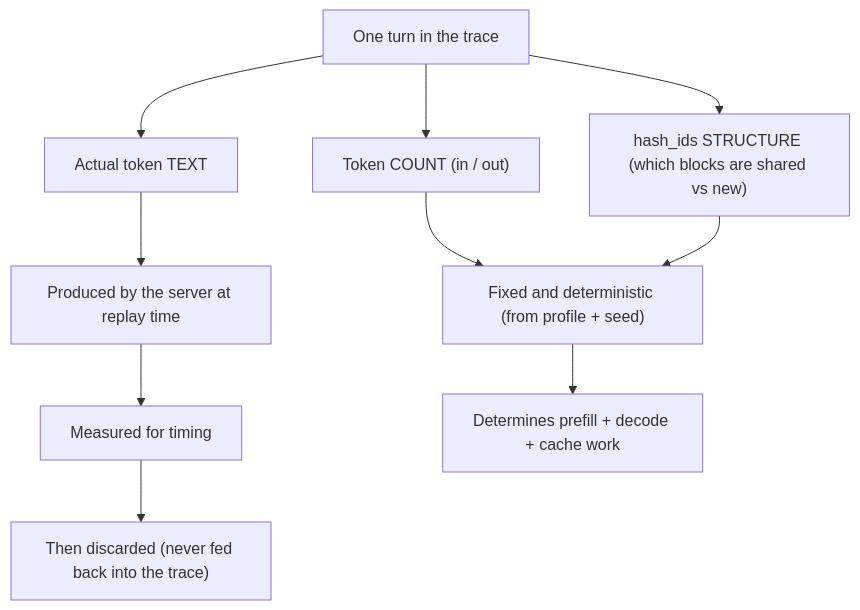
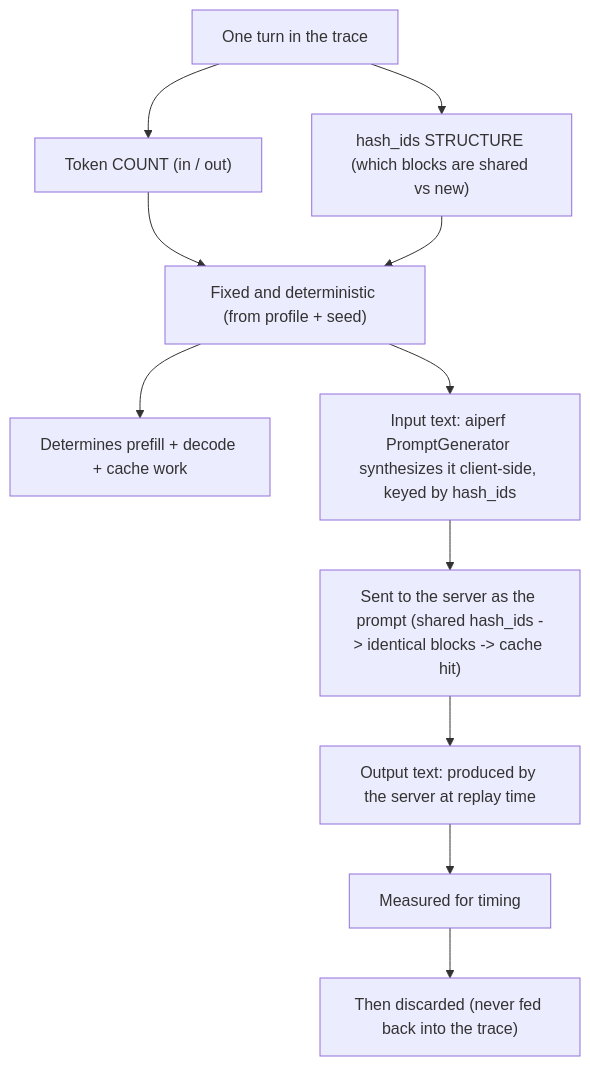
One commit to ROCm/MAD changed the first of 6 diagrams in scripts/common/agentx/HOW_IT_WORKS.md. Above: the diagram before and after it, drawn with Mermaid. The commit also changed other lines of this file and 3 other files, not shown here.

````diff
--- a/scripts/common/agentx/HOW_IT_WORKS.md
+++ b/scripts/common/agentx/HOW_IT_WORKS.md
@@ -55,12 +63,13 @@
 ```mermaid
 flowchart TD
   turn["One turn in the trace"] --> count["Token COUNT (in / out)"]
   turn --> struct["hash_ids STRUCTURE (which blocks are shared vs new)"]
-  turn --> text["Actual token TEXT"]
   count --> fixed["Fixed and deterministic (from profile + seed)"]
   struct --> fixed
-  text --> server["Produced by the server at replay time"]
-  server --> measured["Measured for timing"]
+  fixed --> cost["Determines prefill + decode + cache work"]
+  fixed --> inText["Input text: aiperf PromptGenerator synthesizes it client-side, keyed by hash_ids"]
+  inText --> sent["Sent to the server as the prompt (shared hash_ids -> identical blocks -> cache hit)"]
+  sent --> outText["Output text: produced by the server at replay time"]
+  outText --> measured["Measured for timing"]
   measured --> discarded["Then discarded (never fed back into the trace)"]
-  fixed --> cost["Determines prefill + decode + cache work"]
 ```
````
